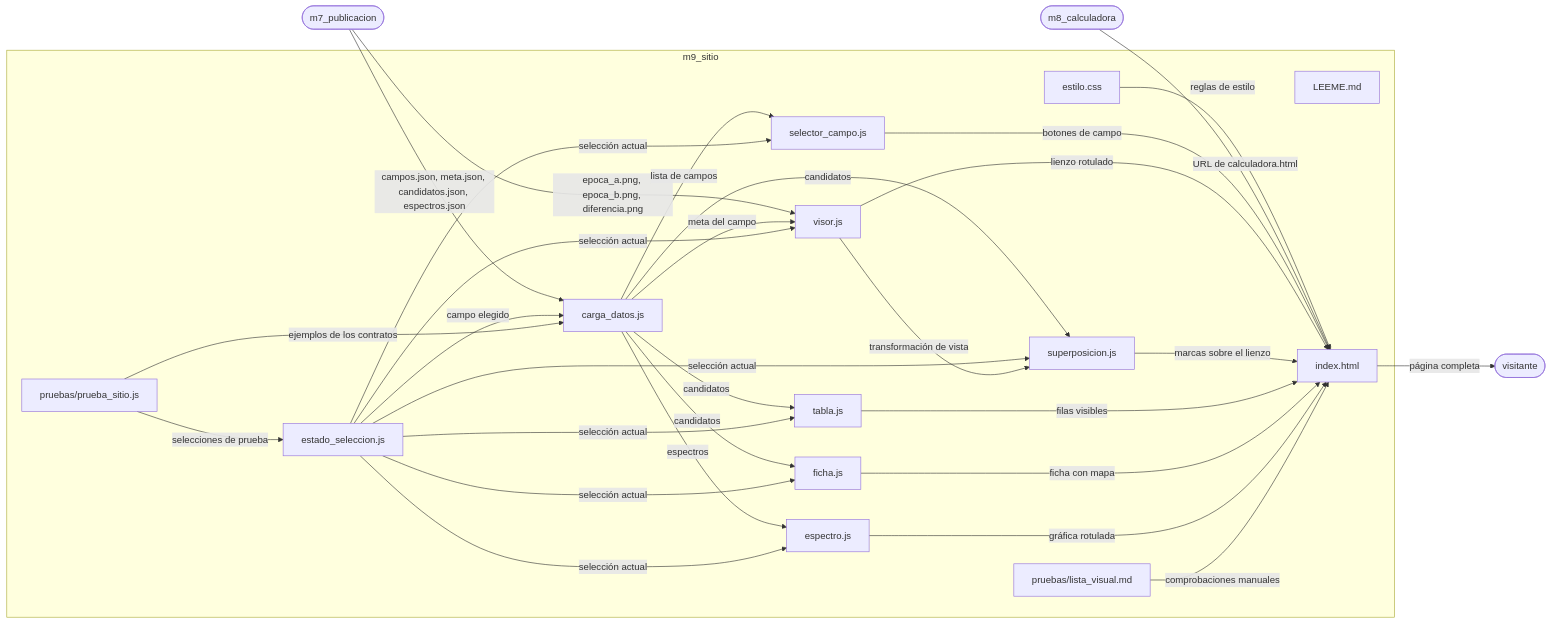
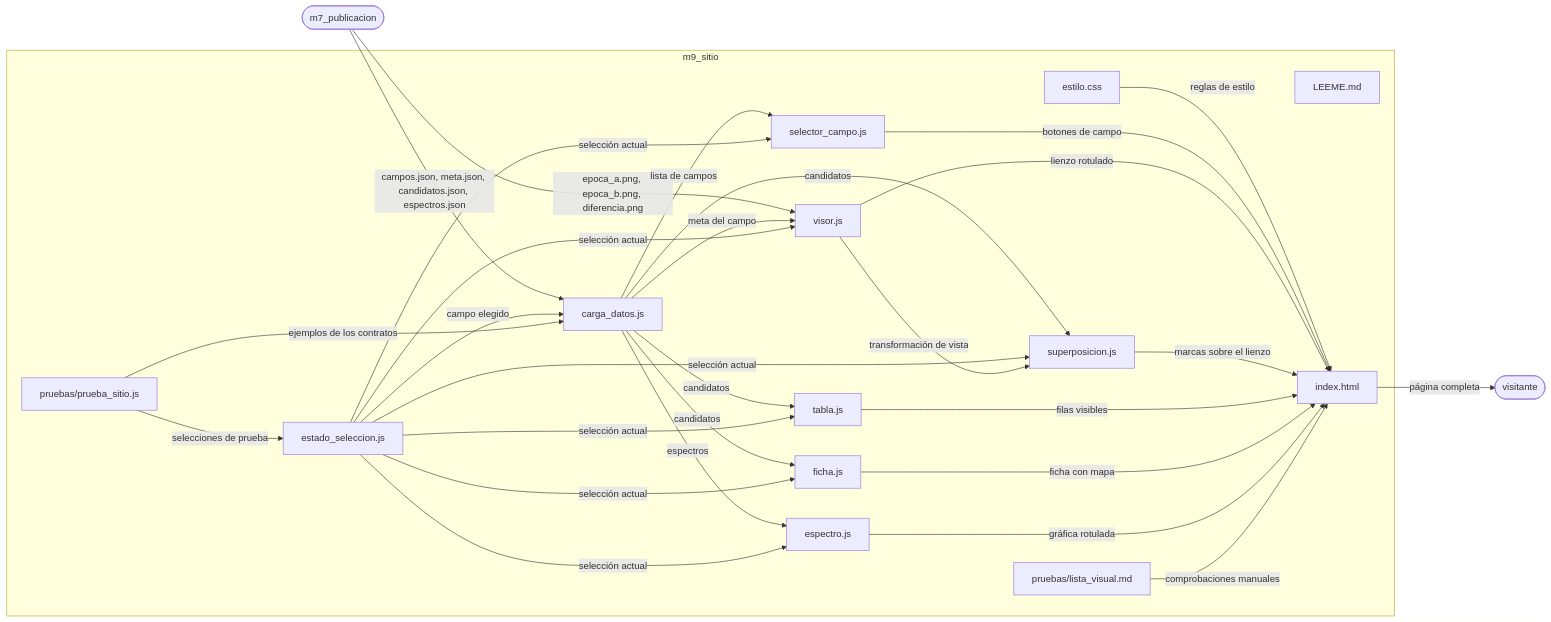
Before and after one commit to Beltranpcb/AstroNova: the ninth of 17 diagrams in ARQUITECTURA.md, drawn with Mermaid. The commit also changed other lines of this file and 12 other files, not shown here.

````diff
--- a/ARQUITECTURA.md
+++ b/ARQUITECTURA.md
@@ -474,49 +431,47 @@
 ```mermaid
 flowchart LR
   subgraph MODULO["m9_sitio"]
     f0["LEEME.md"]
     f1["index.html"]
     f2["estilo.css"]
     f3["estado_seleccion.js"]
     f4["carga_datos.js"]
     f5["selector_campo.js"]
     f6["visor.js"]
     f7["superposicion.js"]
     f8["tabla.js"]
     f9["ficha.js"]
     f10["espectro.js"]
     f11["pruebas/prueba_sitio.js"]
     f12["pruebas/lista_visual.md"]
   end
   e0(["m7_publicacion"])
-  e1(["m8_calculadora"])
   e2(["visitante"])
   f2 -->|"reglas de estilo"| f1
   e0 -->|"campos.json, meta.json, candidatos.json, espectros.json"| f4
   e0 -->|"epoca_a.png, epoca_b.png, diferencia.png"| f6
-  e1 -->|"URL de calculadora.html"| f1
   f3 -->|"campo elegido"| f4
   f4 -->|"lista de campos"| f5
   f4 -->|"meta del campo"| f6
   f4 -->|"candidatos"| f7
   f4 -->|"candidatos"| f8
   f4 -->|"candidatos"| f9
   f4 -->|"espectros"| f10
   f3 -->|"selección actual"| f5
   f3 -->|"selección actual"| f6
   f3 -->|"selección actual"| f7
   f3 -->|"selección actual"| f8
   f3 -->|"selección actual"| f9
   f3 -->|"selección actual"| f10
   f6 -->|"transformación de vista"| f7
   f5 -->|"botones de campo"| f1
   f6 -->|"lienzo rotulado"| f1
   f7 -->|"marcas sobre el lienzo"| f1
   f8 -->|"filas visibles"| f1
   f9 -->|"ficha con mapa"| f1
   f10 -->|"gráfica rotulada"| f1
   f1 -->|"página completa"| e2
   f11 -->|"ejemplos de los contratos"| f4
   f11 -->|"selecciones de prueba"| f3
   f12 -->|"comprobaciones manuales"| f1
 ```
````
